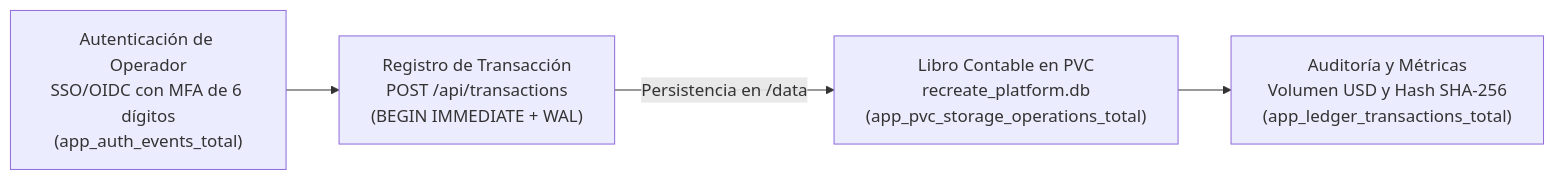
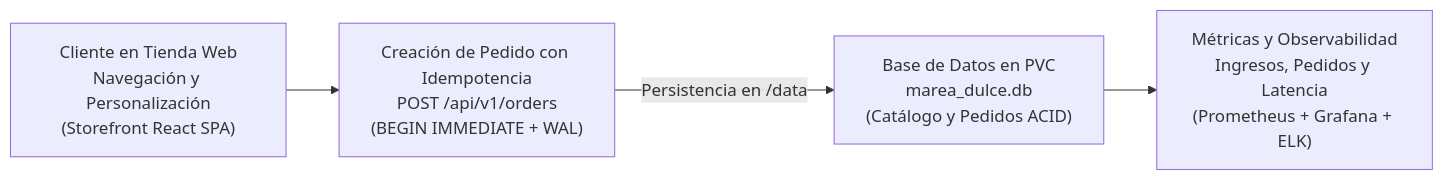
One commit to Esteban-GV/MareaDulce_Recreate changed the diagram in docs/business-model.md. Above: the diagram before and after it, drawn with Mermaid. The commit also changed other lines of this file and 138 other files, not shown here.

Commit message:
feat(docs): migrate documentation, platform and architecture to Marea Dulce Recreate deployment

````diff
--- a/docs/business-model.md
+++ b/docs/business-model.md
@@ -15,6 +16,6 @@
 ```mermaid
 flowchart LR
-    A["Autenticación de Operador\nSSO/OIDC con MFA de 6 dígitos\n(app_auth_events_total)"] --> B["Registro de Transacción\nPOST /api/transactions\n(BEGIN IMMEDIATE + WAL)"]
-    B -->|"Persistencia en /data"| C["Libro Contable en PVC\nrecreate_platform.db\n(app_pvc_storage_operations_total)"]
-    C --> D["Auditoría y Métricas\nVolumen USD y Hash SHA-256\n(app_ledger_transactions_total)"]
+    A["Cliente en Tienda Web\nNavegación y Personalización\n(Storefront React SPA)"] --> B["Creación de Pedido con Idempotencia\nPOST /api/v1/orders\n(BEGIN IMMEDIATE + WAL)"]
+    B -->|"Persistencia en /data"| C["Base de Datos en PVC\nmarea_dulce.db\n(Catálogo y Pedidos ACID)"]
+    C --> D["Métricas y Observabilidad\nIngresos, Pedidos y Latencia\n(Prometheus + Grafana + ELK)"]
 ```
````
